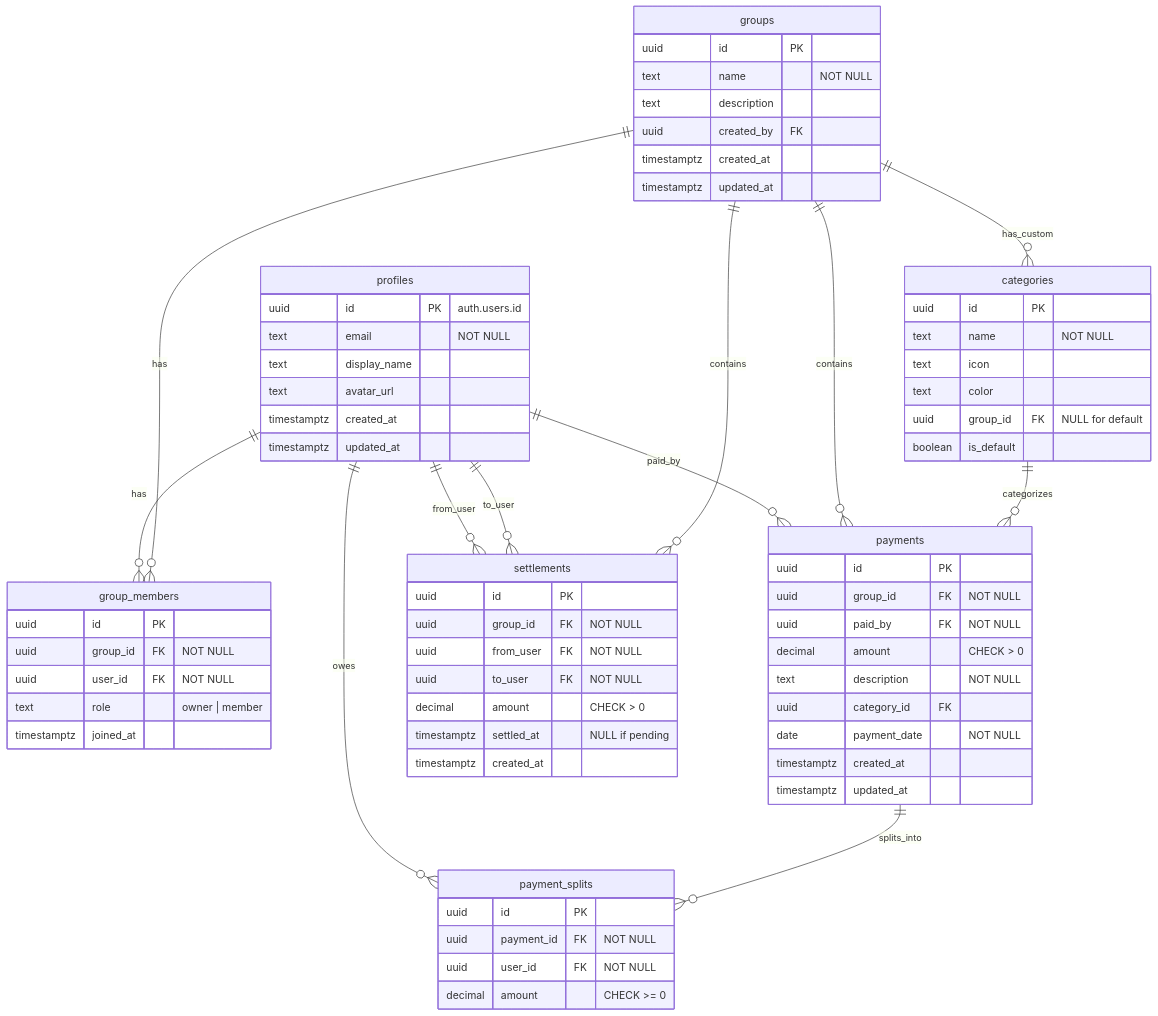
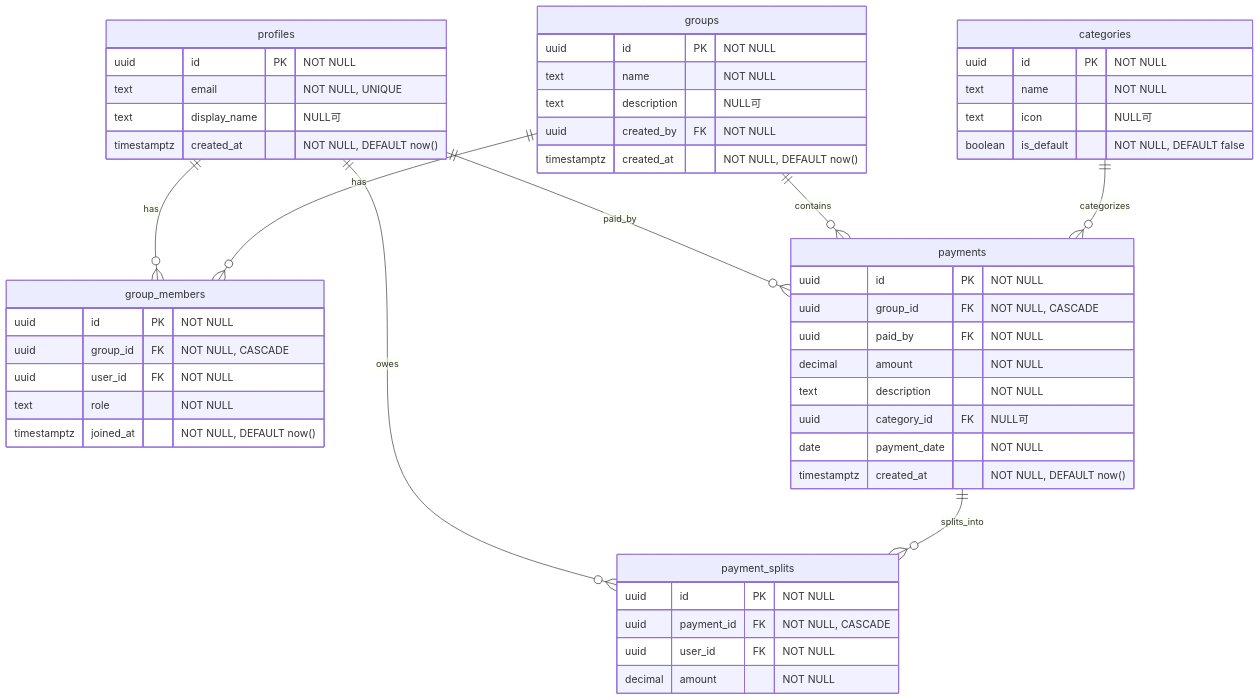
Before and after one commit to sayaka-38/kakeibo-share: the diagram in docs/design.md, drawn with Mermaid. The commit also changed other lines of this file and 14 other files, not shown here.

````diff
--- a/docs/design.md
+++ b/docs/design.md
@@ -119,81 +139,61 @@
 ```mermaid
 erDiagram
     profiles ||--o{ group_members : "has"
     profiles ||--o{ payments : "paid_by"
     profiles ||--o{ payment_splits : "owes"
-    profiles ||--o{ settlements : "from_user"
-    profiles ||--o{ settlements : "to_user"
 
     groups ||--o{ group_members : "has"
     groups ||--o{ payments : "contains"
-    groups ||--o{ settlements : "contains"
-    groups ||--o{ categories : "has_custom"
 
     payments ||--o{ payment_splits : "splits_into"
 
     categories ||--o{ payments : "categorizes"
 
     profiles {
-        uuid id PK "auth.users.id"
-        text email "NOT NULL"
-        text display_name
-        text avatar_url
-        timestamptz created_at
-        timestamptz updated_at
+        uuid id PK "NOT NULL"
+        text email "NOT NULL, UNIQUE"
+        text display_name "NULL可"
+        timestamptz created_at "NOT NULL, DEFAULT now()"
     }
 
     groups {
-        uuid id PK
+        uuid id PK "NOT NULL"
         text name "NOT NULL"
-        text description
-        uuid created_by FK
-        timestamptz created_at
-        timestamptz updated_at
+        text description "NULL可"
+        uuid created_by FK "NOT NULL"
+        timestamptz created_at "NOT NULL, DEFAULT now()"
     }
 
     group_members {
-        uuid id PK
-        uuid group_id FK "NOT NULL"
+        uuid id PK "NOT NULL"
+        uuid group_id FK "NOT NULL, CASCADE"
         uuid user_id FK "NOT NULL"
-        text role "owner | member"
-        timestamptz joined_at
+        text role "NOT NULL"
+        timestamptz joined_at "NOT NULL, DEFAULT now()"
     }
 
     categories {
-        uuid id PK
+        uuid id PK "NOT NULL"
         text name "NOT NULL"
-        text icon
-        text color
-        uuid group_id FK "NULL for default"
-        boolean is_default
+        text icon "NULL可"
+        boolean is_default "NOT NULL, DEFAULT false"
     }
 
     payments {
-        uuid id PK
-        uuid group_id FK "NOT NULL"
+        uuid id PK "NOT NULL"
+        uuid group_id FK "NOT NULL, CASCADE"
         uuid paid_by FK "NOT NULL"
-        decimal amount "CHECK > 0"
+        decimal amount "NOT NULL"
         text description "NOT NULL"
-        uuid category_id FK
+        uuid category_id FK "NULL可"
         date payment_date "NOT NULL"
-        timestamptz created_at
-        timestamptz updated_at
+        timestamptz created_at "NOT NULL, DEFAULT now()"
     }
 
     payment_splits {
-        uuid id PK
-        uuid payment_id FK "NOT NULL"
+        uuid id PK "NOT NULL"
+        uuid payment_id FK "NOT NULL, CASCADE"
         uuid user_id FK "NOT NULL"
-        decimal amount "CHECK >= 0"
-    }
-
-    settlements {
-        uuid id PK
-        uuid group_id FK "NOT NULL"
-        uuid from_user FK "NOT NULL"
-        uuid to_user FK "NOT NULL"
-        decimal amount "CHECK > 0"
-        timestamptz settled_at "NULL if pending"
-        timestamptz created_at
+        decimal amount "NOT NULL"
     }
 ```
````
